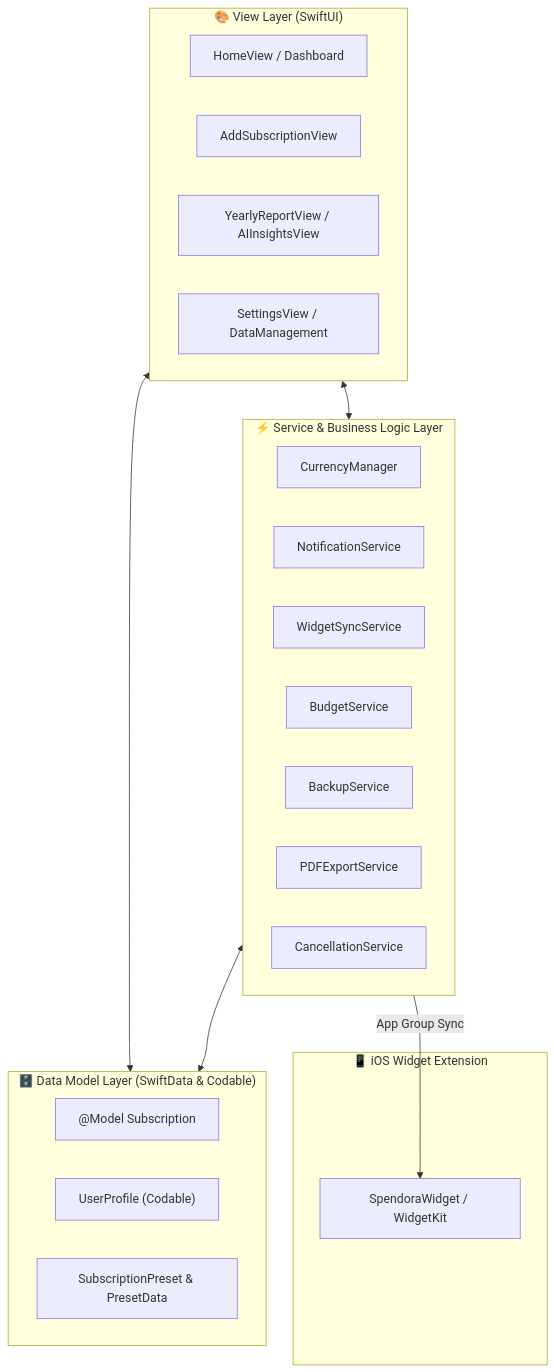
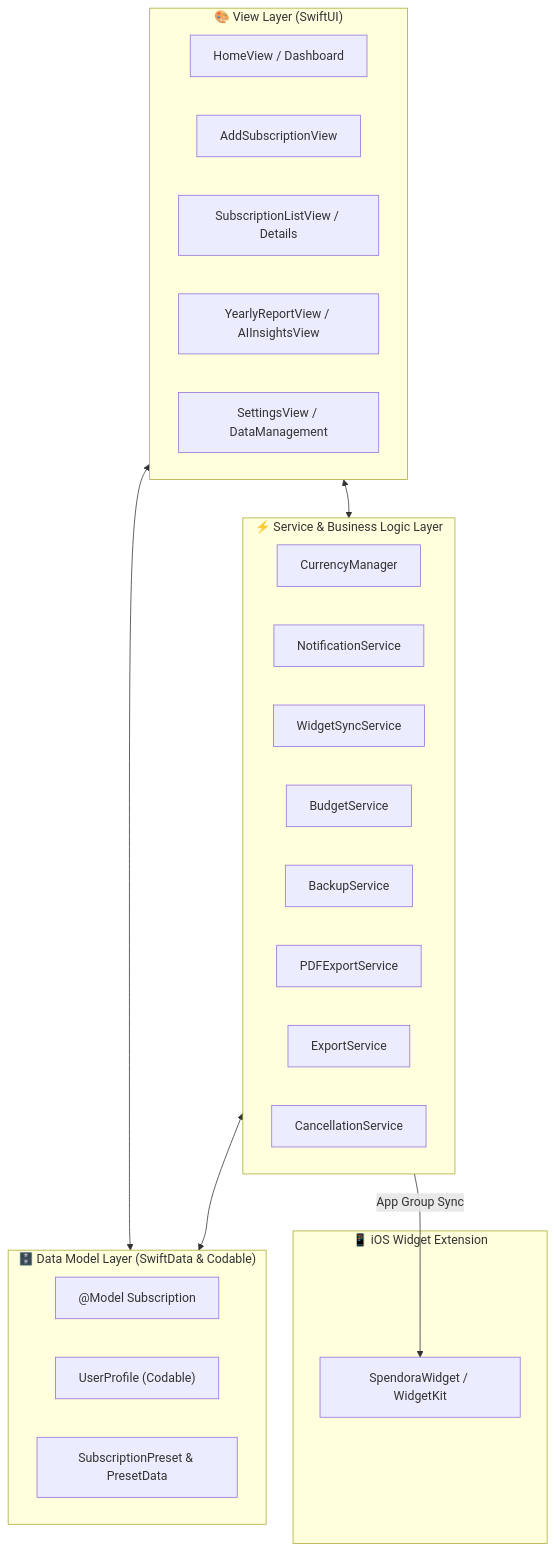
Before and after one commit to snaimio/Spendora: the diagram in README.md, drawn with Mermaid. The commit also changed other lines of this file, not shown here.

Commit message:
Finalize README.md: Simplify video section to single direct stream link, condense screenshots to curated 6-card gallery, triple-check architecture, data models, and directory structure, and remove checklist table

````diff
--- a/README.md
+++ b/README.md
@@ -128,34 +72,36 @@
 ```mermaid
 flowchart TD
     subgraph UI ["🎨 View Layer (SwiftUI)"]
         HV[HomeView / Dashboard]
         AV[AddSubscriptionView]
+        SV_List[SubscriptionListView / Details]
         RV[YearlyReportView / AIInsightsView]
-        SV[SettingsView / DataManagement]
+        STV[SettingsView / DataManagement]
     end
 
     subgraph Models ["🗄️ Data Model Layer (SwiftData & Codable)"]
         S["@Model Subscription"]
         UP["UserProfile (Codable)"]
         SP["SubscriptionPreset & PresetData"]
     end
 
     subgraph Services ["⚡ Service & Business Logic Layer"]
         CM[CurrencyManager]
         NS[NotificationService]
         WS[WidgetSyncService]
         BS[BudgetService]
         BK[BackupService]
         PE[PDFExportService]
+        ES[ExportService]
         CS[CancellationService]
     end
 
     subgraph Widget ["📱 iOS Widget Extension"]
         WK[SpendoraWidget / WidgetKit]
     end
 
     UI <--> Models
     UI <--> Services
     Services <--> Models
     Services -->|App Group Sync| WK
 ```
````
